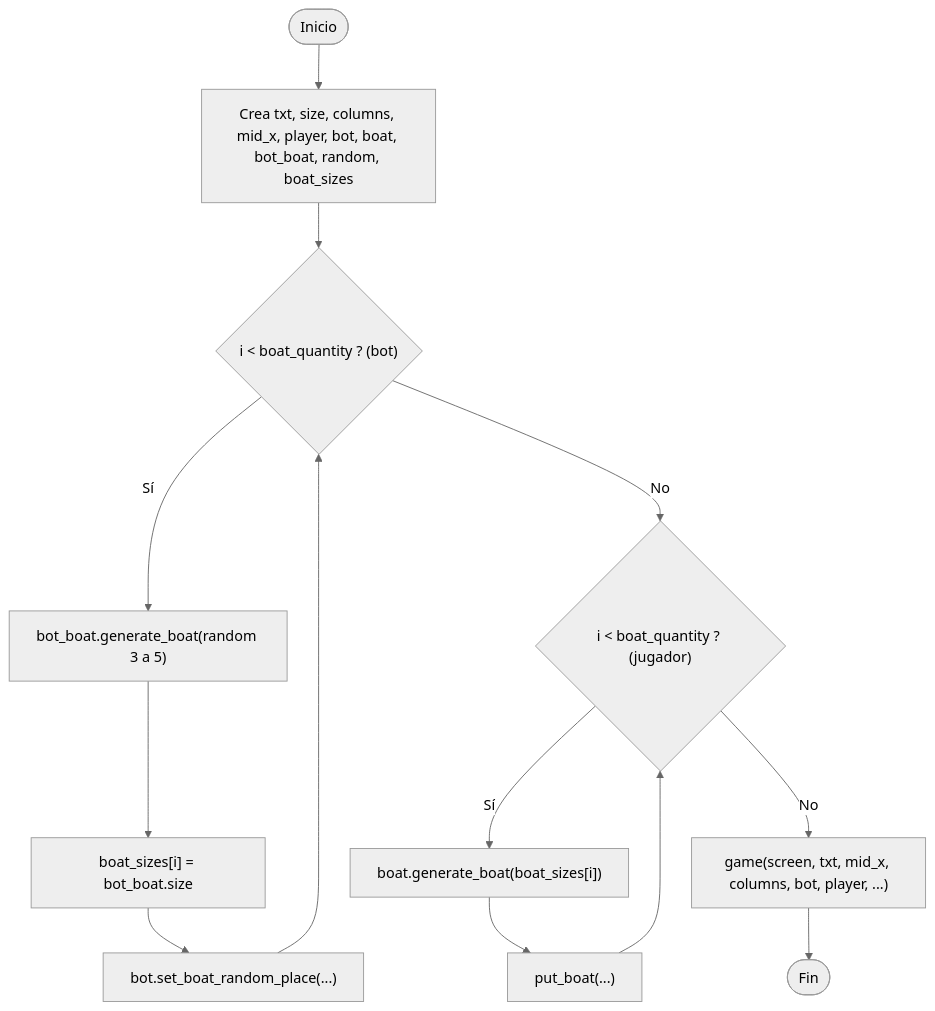
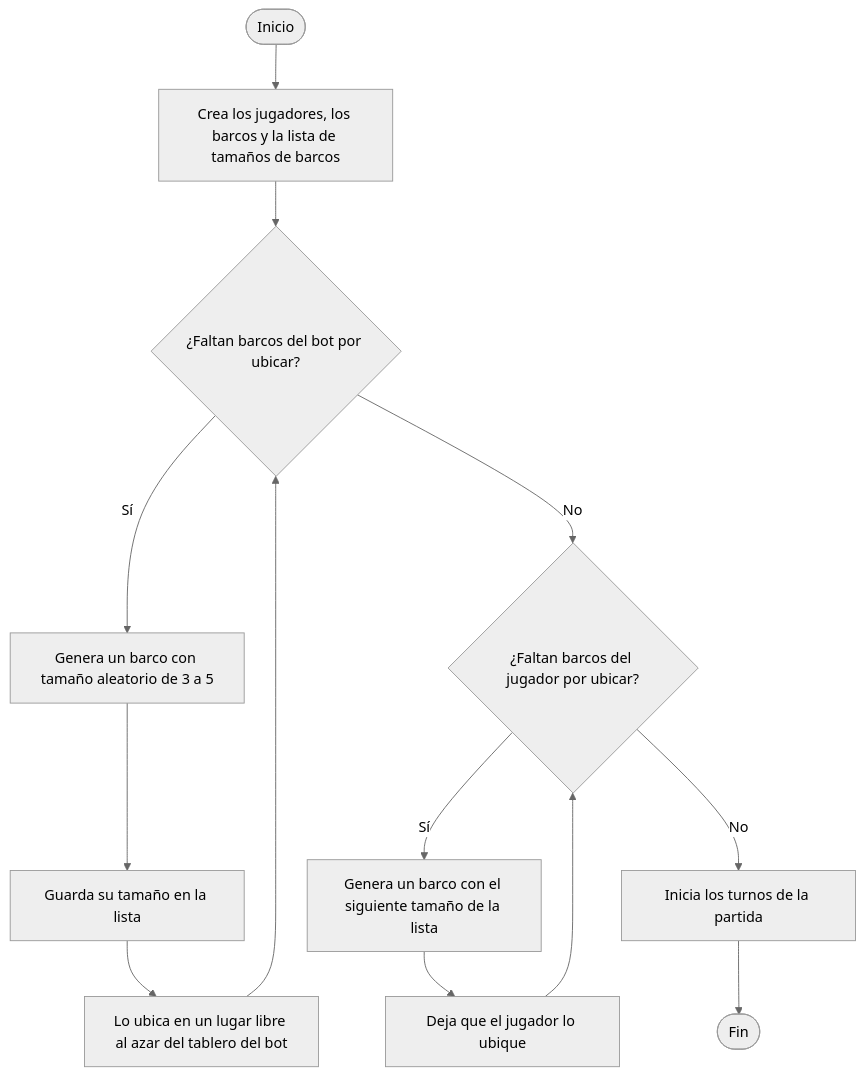
One commit to 8ismel6/1MD-ProyectoFinal changed the eighth of 33 diagrams in README.md. Above: the diagram before and after it, drawn with Mermaid (neutral theme). The commit also changed other lines of this file and 1 other file, not shown here.

````diff
--- a/README.md
+++ b/README.md
@@ -439,13 +433,15 @@
 ```mermaid
 flowchart TD
-A(["Inicio"]) --> B["Crea txt, size, columns, mid_x, player, bot, boat, bot_boat, random, boat_sizes"]
-B --> C{"i < boat_quantity ? (bot)"}
-C -- "Sí" --> D["bot_boat.generate_boat(random 3 a 5)"]
-D --> D1["boat_sizes[i] = bot_boat.size"]
-D1 --> D2["bot.set_boat_random_place(...)"] --> C
-C -- "No" --> E{"i < boat_quantity ? (jugador)"}
-E -- "Sí" --> F["boat.generate_boat(boat_sizes[i])"]
-F --> G["put_boat(...)"] --> E
-E -- "No" --> H["game(screen, txt, mid_x, columns, bot, player, ...)"]
+A(["Inicio"]) --> B["Crea los jugadores, los barcos y la lista de tamaños de barcos"]
+B --> C{"¿Faltan barcos del bot por ubicar?"}
+C -- "Sí" --> D["Genera un barco con tamaño aleatorio de 3 a 5"]
+D --> D1["Guarda su tamaño en la lista"]
+D1 --> D2["Lo ubica en un lugar libre al azar del tablero del bot"]
+D2 --> C
+C -- "No" --> E{"¿Faltan barcos del jugador por ubicar?"}
+E -- "Sí" --> F["Genera un barco con el siguiente tamaño de la lista"]
+F --> G["Deja que el jugador lo ubique"]
+G --> E
+E -- "No" --> H["Inicia los turnos de la partida"]
 H --> I(["Fin"])
 ```
````
